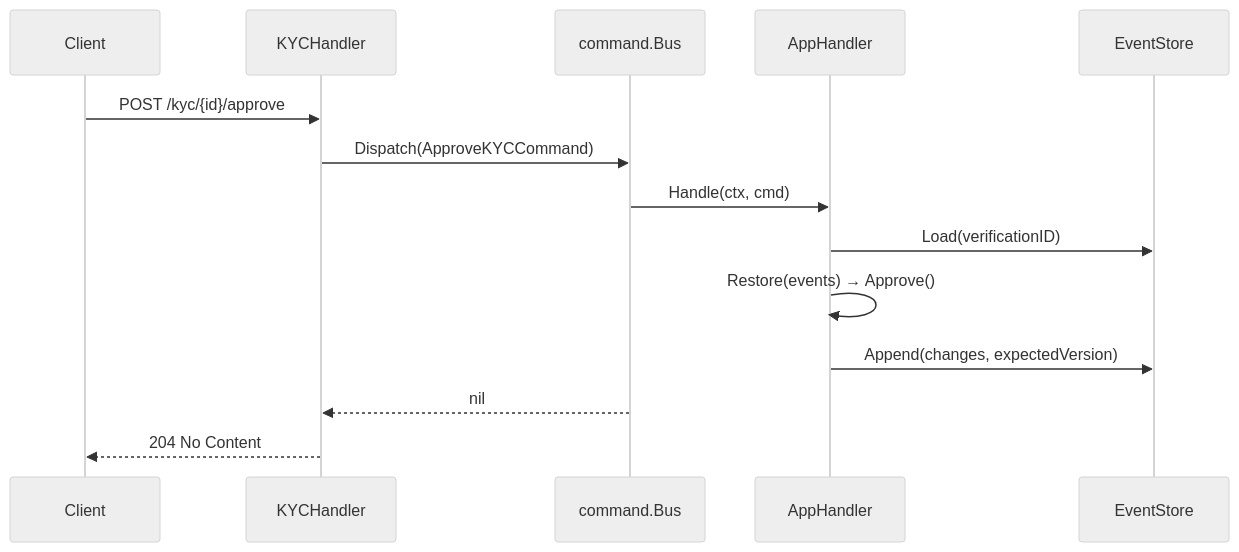
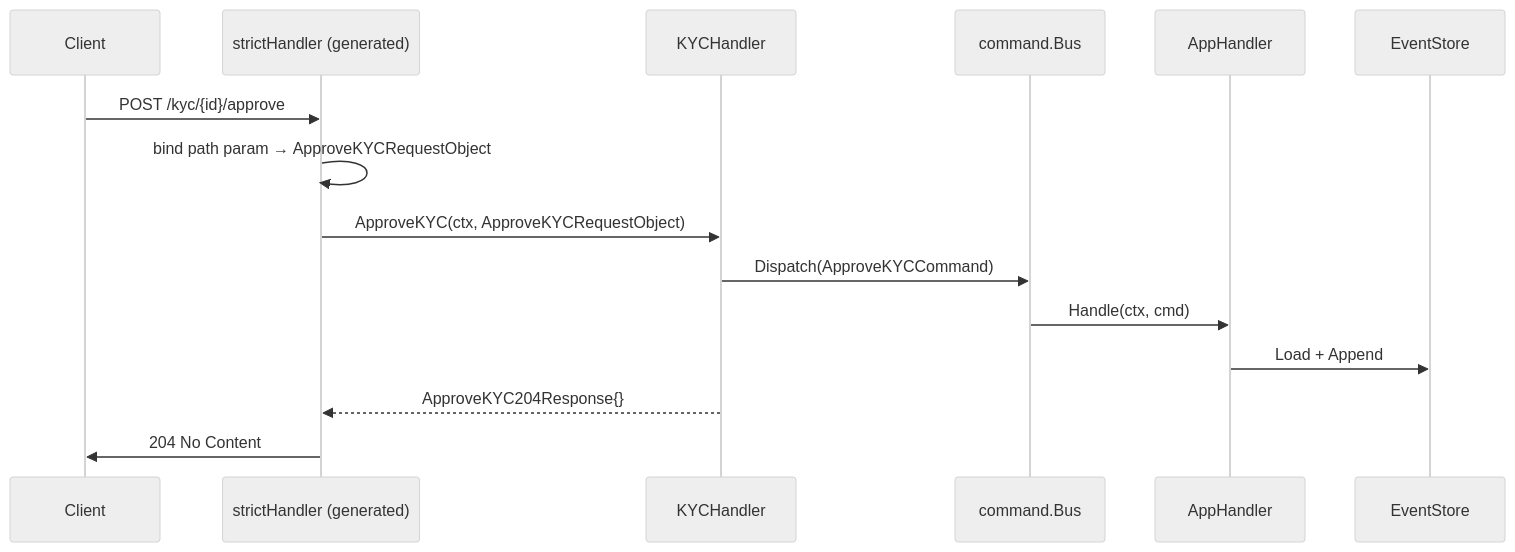
The diagram in docs/interfaces/kyc-http.md (savvinovan/event-sourcing-learning), drawn with Mermaid (neutral theme) before and after one commit. The commit also changed other lines of this file and 2 other files, not shown here.

````diff
--- a/docs/interfaces/kyc-http.md
+++ b/docs/interfaces/kyc-http.md
@@ -83,17 +177,18 @@
 ```mermaid
 sequenceDiagram
     participant C as Client
+    participant S as strictHandler (generated)
     participant H as KYCHandler
     participant B as command.Bus
     participant Hdl as AppHandler
     participant ES as EventStore
 
-    C->>H: POST /kyc/{id}/approve
+    C->>S: POST /kyc/{id}/approve
+    S->>S: bind path param → ApproveKYCRequestObject
+    S->>H: ApproveKYC(ctx, ApproveKYCRequestObject)
     H->>B: Dispatch(ApproveKYCCommand)
     B->>Hdl: Handle(ctx, cmd)
-    Hdl->>ES: Load(verificationID)
-    Hdl->>Hdl: Restore(events) → Approve()
-    Hdl->>ES: Append(changes, expectedVersion)
-    B-->>H: nil
-    H-->>C: 204 No Content
+    Hdl->>ES: Load + Append
+    H-->>S: ApproveKYC204Response{}
+    S->>C: 204 No Content
 ```
````
